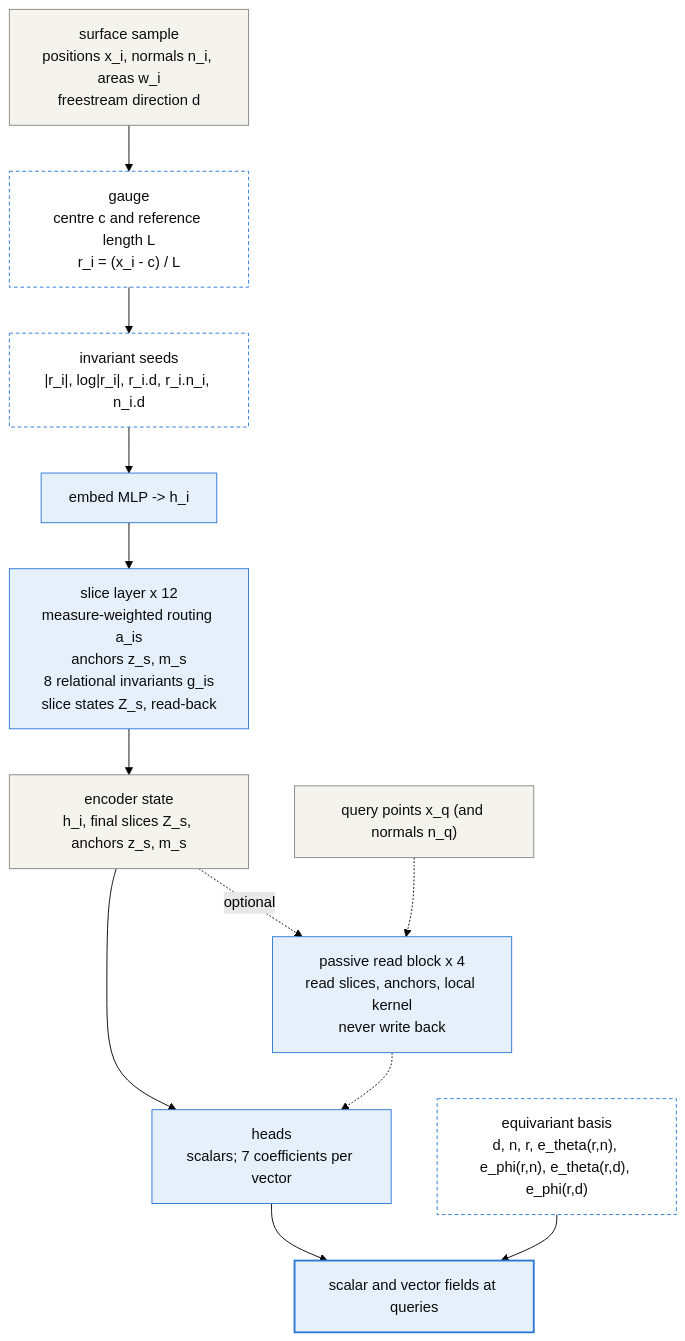
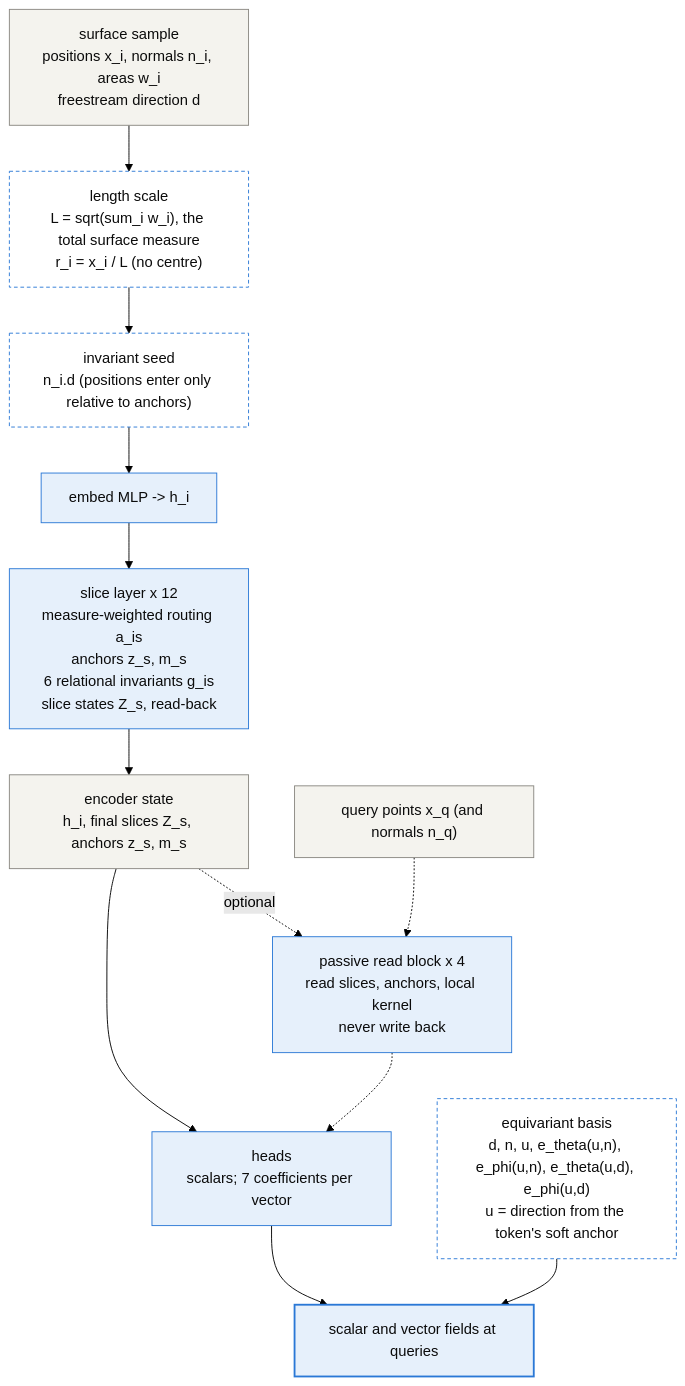
The diagram in examples/cfd/mesh_transformer/book/02-meshtransformer2.qmd (peterdsharpe/modulus), drawn with Mermaid (forest theme) before and after one commit. The commit also changed other lines of this file and 3 other files, not shown here.

Commit message:
Book ch2: describe the relative-frame default as the forward pass (one seed, six relational invariants, anchor-based head direction, total-measure scale), centered construction as the prior; contracts table; notebook engineering entry; CLAIMS

````diff
--- a/examples/cfd/mesh_transformer/book/02-meshtransformer2.qmd
+++ b/examples/cfd/mesh_transformer/book/02-meshtransformer2.qmd
@@ -65,36 +72,36 @@
 ```{mermaid}
 %%| fig-cap: >
 %%|   The ISLA forward pass. Blue stages are learned; grey boxes
 %%|   are data. The backbone (gauge through the last slice layer) consumes
 %%|   only invariant scalars; the only place a vector is reconstructed is
 %%|   the output basis. The passive decoder on the right is optional: in the
 %%|   reference configuration the surface tokens themselves are the queries
 %%|   and the heads read the encoder state directly. Not shown: the
 %%|   per-layer residual MLPs and layer norms, and the optional flags of
 %%|   @sec-mt2-design.
 flowchart TB
     classDef data fill:#f4f3ee,stroke:#898781,color:#0b0b0b
     classDef learned fill:#e6f0fb,stroke:#2a78d6,color:#0b0b0b
     classDef fixed fill:#ffffff,stroke:#2a78d6,stroke-dasharray:4 3,color:#0b0b0b
     classDef out fill:#e6f0fb,stroke:#2a78d6,stroke-width:2px,color:#0b0b0b
 
     A["surface sample<br/>positions x_i, normals n_i, areas w_i<br/>freestream direction d"]:::data
-    B["gauge<br/>centre c and reference length L<br/>r_i = (x_i - c) / L"]:::fixed
-    C["invariant seeds<br/>|r_i|, log|r_i|, r_i.d, r_i.n_i, n_i.d"]:::fixed
+    B["length scale<br/>L = sqrt(sum_i w_i), the total surface measure<br/>r_i = x_i / L (no centre)"]:::fixed
+    C["invariant seed<br/>n_i.d (positions enter only relative to anchors)"]:::fixed
     D["embed MLP -> h_i"]:::learned
-    E["slice layer x 12<br/>measure-weighted routing a_is<br/>anchors z_s, m_s<br/>8 relational invariants g_is<br/>slice states Z_s, read-back"]:::learned
+    E["slice layer x 12<br/>measure-weighted routing a_is<br/>anchors z_s, m_s<br/>6 relational invariants g_is<br/>slice states Z_s, read-back"]:::learned
     F["encoder state<br/>h_i, final slices Z_s, anchors z_s, m_s"]:::data
     Q["query points x_q (and normals n_q)"]:::data
     R["passive read block x 4<br/>read slices, anchors, local kernel<br/>never write back"]:::learned
     H["heads<br/>scalars; 7 coefficients per vector"]:::learned
-    V["equivariant basis<br/>d, n, r, e_theta(r,n), e_phi(r,n), e_theta(r,d), e_phi(r,d)"]:::fixed
+    V["equivariant basis<br/>d, n, u, e_theta(u,n), e_phi(u,n), e_theta(u,d), e_phi(u,d)<br/>u = direction from the token's soft anchor"]:::fixed
     O["scalar and vector fields at queries"]:::out
 
     A --> B --> C --> D --> E --> F
     F --> H
     F -. optional .-> R
     Q -.-> R
     R -.-> H
     H --> O
     V --> O
 ```
````
